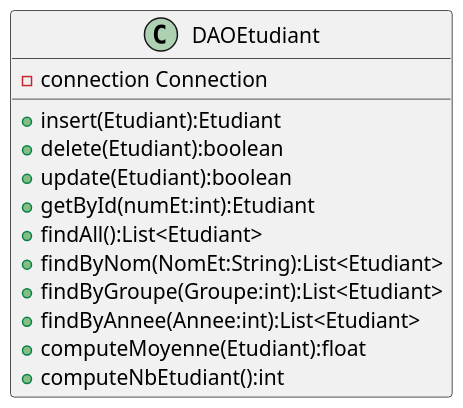
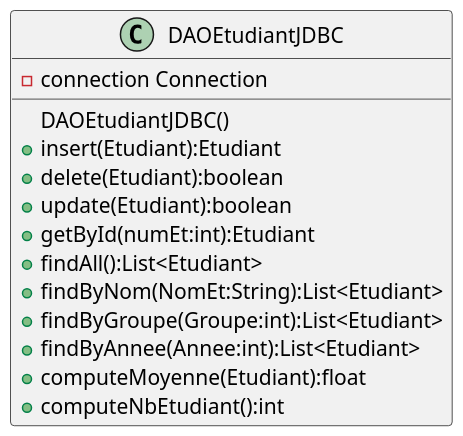
One commit to IUTInfoAix-M3106/TpJdbc changed the diagram in src/main/resources/assets/DAOEtudiant.puml. Above: the diagram before and after it, drawn with PlantUML. The commit also changed 12 other files, not shown here.

```diff
--- a/src/main/resources/assets/DAOEtudiant.puml
+++ b/src/main/resources/assets/DAOEtudiant.puml
@@ -1,17 +1,18 @@
 @startuml
 scale 1.5
-class DAOEtudiant{
+class DAOEtudiantJDBC{
 - connection Connection
+DAOEtudiantJDBC()
 +insert(Etudiant):Etudiant
 +delete(Etudiant):boolean
 +update(Etudiant):boolean
 +getById(numEt:int):Etudiant
 +findAll():List<Etudiant>
 +findByNom(NomEt:String):List<Etudiant>
 +findByGroupe(Groupe:int):List<Etudiant>
 +findByAnnee(Annee:int):List<Etudiant>
 +computeMoyenne(Etudiant):float
 +computeNbEtudiant():int
 }
 
 @enduml
```
